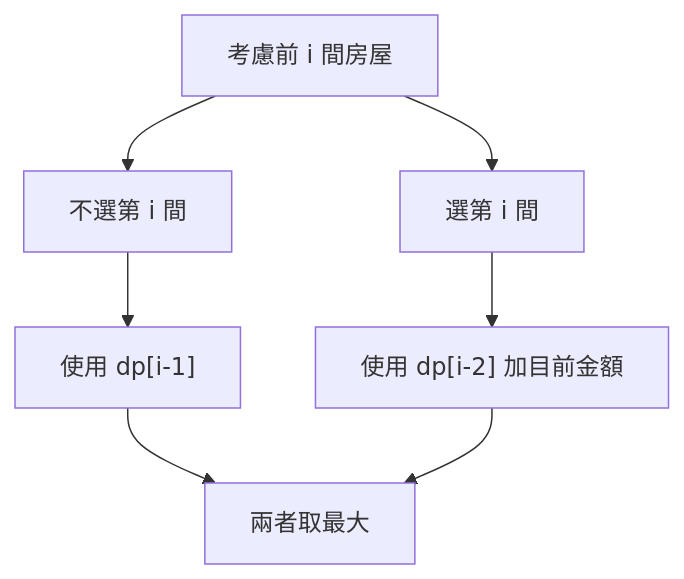
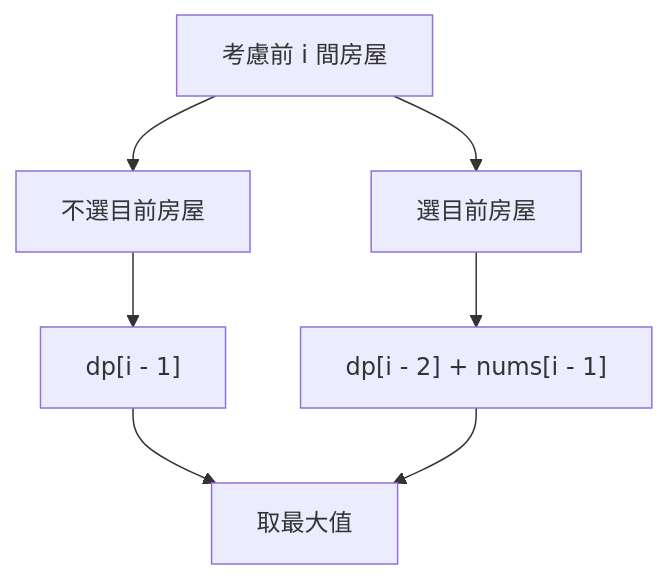
The second of 4 diagrams in 09_dynamic_programming/38_one_dimensional_dp.md (davidchen0970/algorithm_note), drawn with Mermaid before and after one commit. The commit also changed other lines of this file, not shown here.

````diff
--- a/09_dynamic_programming/38_one_dimensional_dp.md
+++ b/09_dynamic_programming/38_one_dimensional_dp.md
@@ -237,9 +300,9 @@
 ```mermaid
 flowchart TD
-    A["考慮前 i 間房屋"] --> B["不選第 i 間"]
-    A --> C["選第 i 間"]
-    B --> D["使用 dp[i-1]"]
-    C --> E["使用 dp[i-2] 加目前金額"]
-    D --> F["兩者取最大"]
+    A["考慮前 i 間房屋"] --> B["不選目前房屋"]
+    A --> C["選目前房屋"]
+    B --> D["dp[i - 1]"]
+    C --> E["dp[i - 2] + nums[i - 1]"]
+    D --> F["取最大值"]
     E --> F
 ```
````
